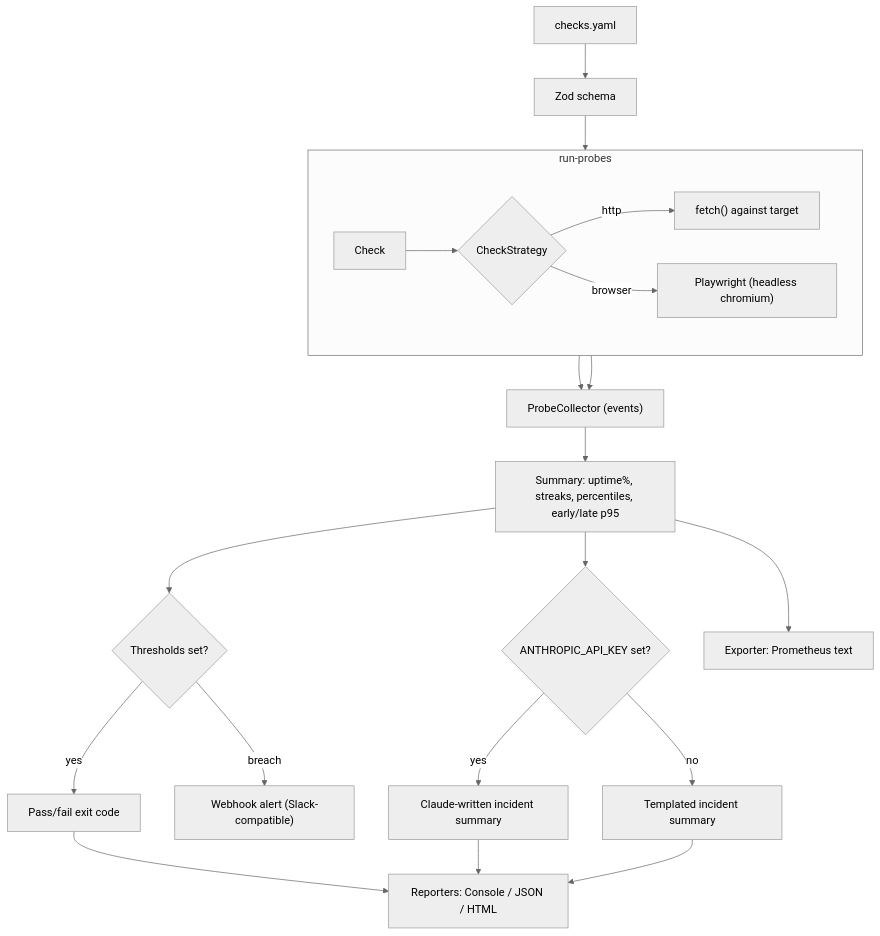
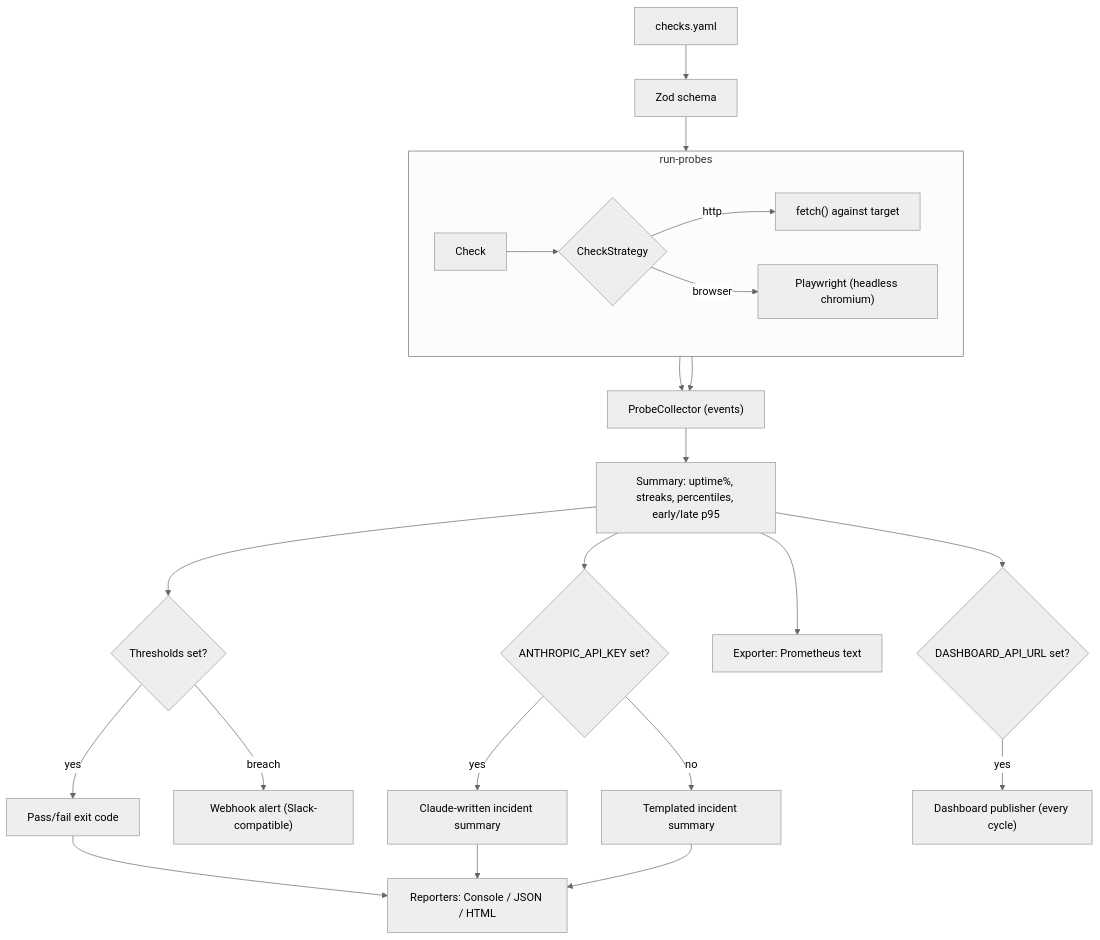
Before and after one commit to urielabin/uptime-probe: the diagram in README.md, drawn with Mermaid (neutral theme). The commit also changed other lines of this file and 8 other files, not shown here.

First line of the commit message:
Add optional dashboard publisher (third extension point alongside Reporter/Exporter)

````diff
--- a/README.md
+++ b/README.md
@@ -10,25 +10,27 @@
 ```mermaid
 flowchart TD
     YML["checks.yaml"] --> SCH["Zod schema"] --> RUN
 
     subgraph RUN["run-probes"]
         direction LR
         CHK["Check"] --> STR{"CheckStrategy"}
         STR -->|http| FETCH["fetch() against target"]
         STR -->|browser| PW["Playwright (headless chromium)"]
     end
 
     FETCH --> PC["ProbeCollector (events)"]
     PW --> PC
     PC --> SUM["Summary: uptime%, streaks, percentiles, early/late p95"]
     SUM --> TH{"Thresholds set?"}
     TH -->|yes| GATE["Pass/fail exit code"]
     TH -->|breach| WH["Webhook alert (Slack-compatible)"]
     SUM --> AI{"ANTHROPIC_API_KEY set?"}
     AI -->|yes| CN["Claude-written incident summary"]
     AI -->|no| TN["Templated incident summary"]
     GATE --> REP["Reporters: Console / JSON / HTML"]
     SUM --> EXP["Exporter: Prometheus text"]
+    SUM --> PUB{"DASHBOARD_API_URL set?"}
+    PUB -->|yes| DASH["Dashboard publisher (every cycle)"]
     CN --> REP
     TN --> REP
 ```
````
